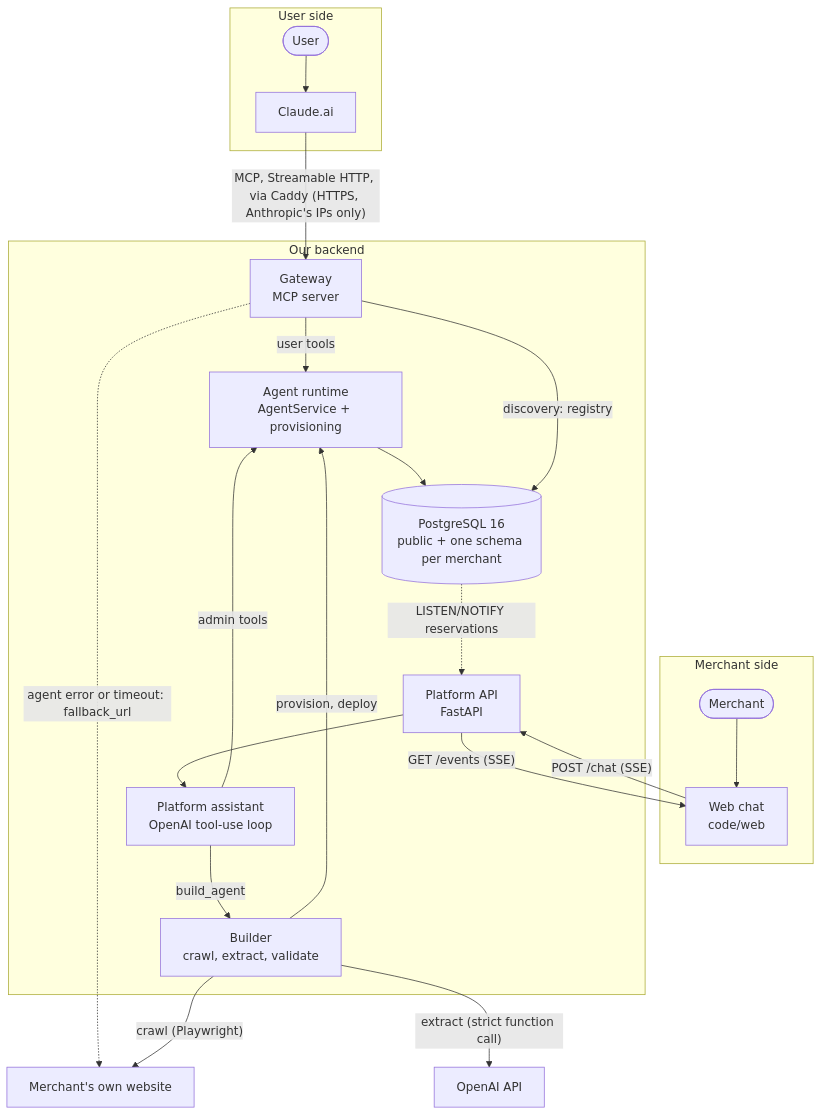
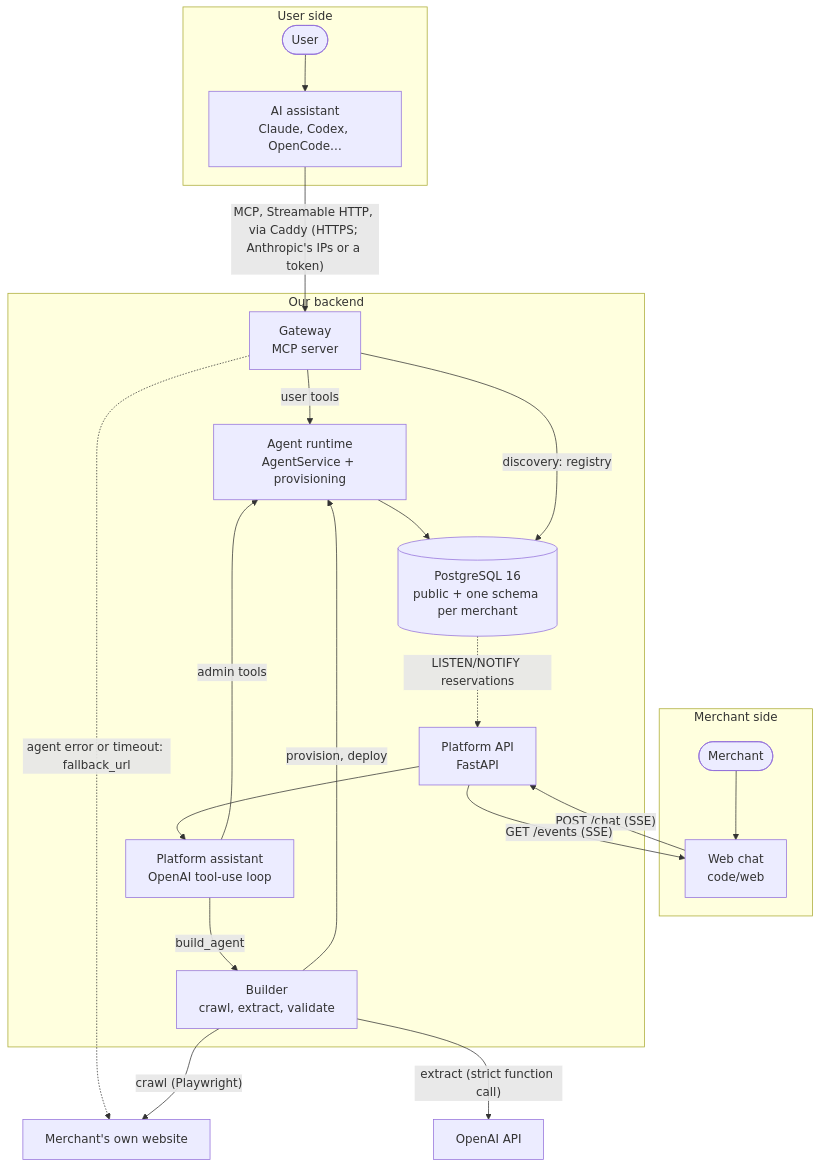
One commit to MaxEntz/BaselHack2026 changed the first of 2 diagrams in documentation/ARCHITECTURE.md. Above: the diagram before and after it, drawn with Mermaid. The commit also changed other lines of this file and 13 other files, not shown here.

First line of the commit message:
docs: say "AI assistant" where it isn't specific to Claude

````diff
--- a/documentation/ARCHITECTURE.md
+++ b/documentation/ARCHITECTURE.md
@@ -12,36 +12,36 @@
 ```mermaid
 flowchart TB
   subgraph USER["User side"]
-    U(["User"]) --> C["Claude.ai"]
+    U(["User"]) --> C["AI assistant<br/>Claude, Codex, OpenCode…"]
   end
 
   subgraph MERCHANT["Merchant side"]
     M(["Merchant"]) --> WEB["Web chat<br/>code/web"]
   end
 
   subgraph BACKEND["Our backend"]
     GW["Gateway<br/>MCP server"]
     AG["Agent runtime<br/>AgentService + provisioning"]
     DB[("PostgreSQL 16<br/>public + one schema per merchant")]
     PL["Platform API<br/>FastAPI"]
     ASSIST["Platform assistant<br/>OpenAI tool-use loop"]
     BU["Builder<br/>crawl, extract, validate"]
   end
 
-  C -->|"MCP, Streamable HTTP, via Caddy (HTTPS, Anthropic's IPs only)"| GW
+  C -->|"MCP, Streamable HTTP, via Caddy (HTTPS; Anthropic's IPs or a token)"| GW
   GW -->|"user tools"| AG
   AG --> DB
   GW -->|"discovery: registry"| DB
   GW -.->|"agent error or timeout: fallback_url"| SITE["Merchant's own website"]
 
   WEB -->|"POST /chat (SSE)"| PL
   PL --> ASSIST
   ASSIST -->|"admin tools"| AG
   ASSIST -->|"build_agent"| BU
   BU -->|"crawl (Playwright)"| SITE
   BU -->|"extract (strict function call)"| OAI["OpenAI API"]
   BU -->|"provision, deploy"| AG
 
   DB -.->|"LISTEN/NOTIFY reservations"| PL
   PL -->|"GET /events (SSE)"| WEB
 ```
````
